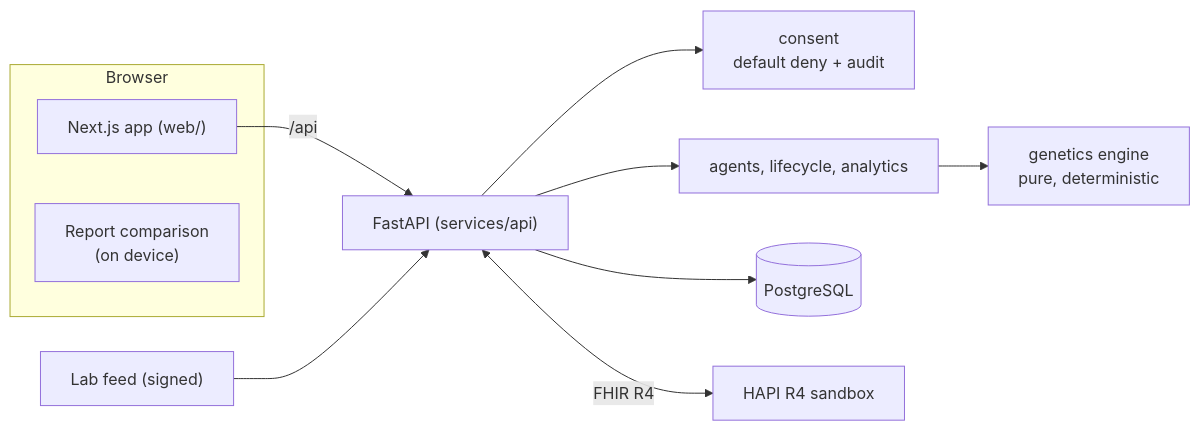
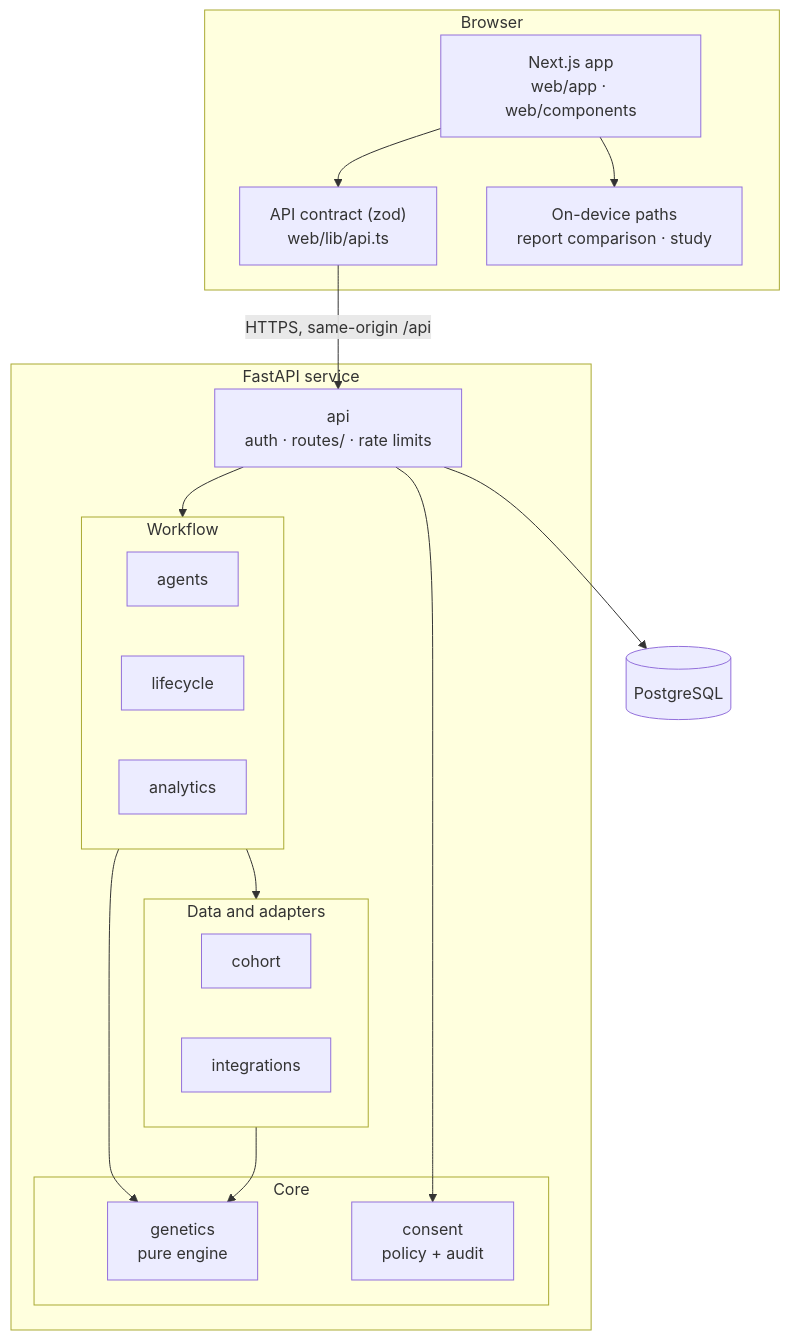
One commit to loktrishal-05/kinsight changed the second of 5 diagrams in README.md. Above: the diagram before and after it, drawn with Mermaid. The commit also changed other lines of this file and 39 other files, not shown here.

First line of the commit message:
Professional README: system design, architecture, workflows, current screenshots, deployment, security, team and licence (#133)

````diff
--- a/README.md
+++ b/README.md
@@ -30,14 +124,33 @@
 ```mermaid
-flowchart LR
-    subgraph Browser
-        UI["Next.js app (web/)"]
-        Local["Report comparison<br/>(on device)"]
+flowchart TB
+    subgraph Client["Browser"]
+        UI["Next.js app<br/>web/app · web/components"]
+        Contract["API contract (zod)<br/>web/lib/api.ts"]
+        Local["On-device paths<br/>report comparison · study"]
+        UI --> Contract
+        UI --> Local
     end
-    UI -->|"/api"| API["FastAPI (services/api)"]
-    API --> Consent["consent<br/>default deny + audit"]
-    API --> Workflow["agents, lifecycle, analytics"]
-    Workflow --> Engine["genetics engine<br/>pure, deterministic"]
-    API --> DB[("PostgreSQL")]
-    API <-->|"FHIR R4"| EHR["HAPI R4 sandbox"]
-    Lab["Lab feed (signed)"] --> API
+    Contract -->|"HTTPS, same-origin /api"| Routes
+    subgraph Server["FastAPI service"]
+        Routes["api<br/>auth · routes/ · rate limits"]
+        subgraph Workflow["Workflow"]
+            Agents["agents"]
+            Lifecycle["lifecycle"]
+            Analytics["analytics"]
+        end
+        subgraph Data["Data and adapters"]
+            Cohort["cohort"]
+            Integrations["integrations"]
+        end
+        subgraph Core["Core"]
+            Genetics["genetics<br/>pure engine"]
+            Consent["consent<br/>policy + audit"]
+        end
+        Routes --> Workflow
+        Routes --> Consent
+        Workflow --> Data
+        Workflow --> Genetics
+        Data --> Genetics
+    end
+    Routes --> DB[("PostgreSQL")]
 ```
````
